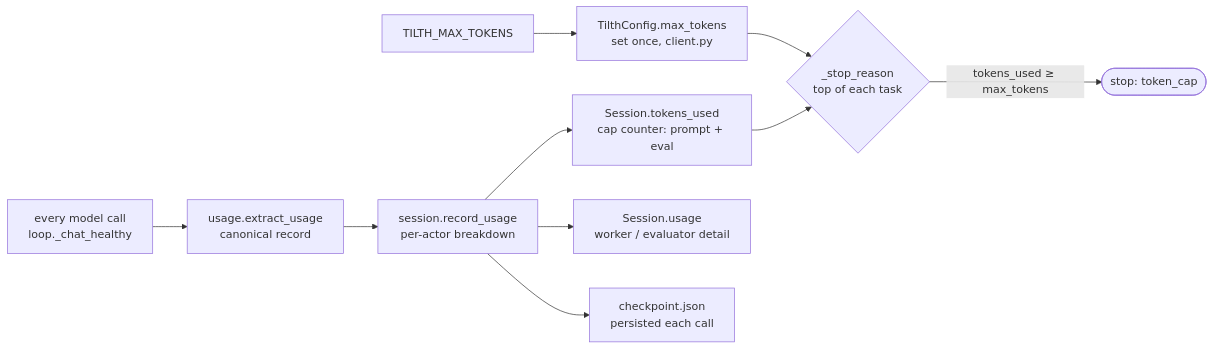
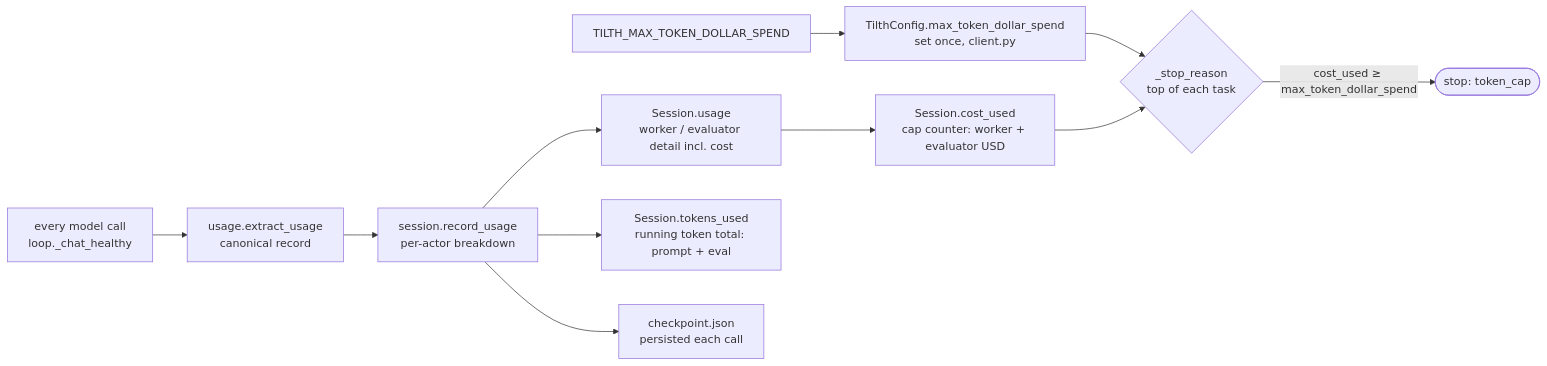
The diagram in docs/deep-dives/token-recording.md (AlteredCraft/tilth), drawn with Mermaid before and after one commit. The commit also changed other lines of this file and 21 other files, not shown here.

````diff
--- a/docs/deep-dives/token-recording.md
+++ b/docs/deep-dives/token-recording.md
@@ -5,12 +5,13 @@
 ```mermaid
 flowchart LR
-  env[TILTH_MAX_TOKENS] --> cfg[TilthConfig.max_tokens<br/>set once, client.py]
+  env[TILTH_MAX_TOKEN_DOLLAR_SPEND] --> cfg[TilthConfig.max_token_dollar_spend<br/>set once, client.py]
   call[every model call<br/>loop._chat_healthy] --> ext[usage.extract_usage<br/>canonical record]
   ext --> rec[session.record_usage<br/>per-actor breakdown]
-  rec --> mem[Session.tokens_used<br/>cap counter: prompt + eval]
-  rec --> brk[Session.usage<br/>worker / evaluator detail]
+  rec --> brk[Session.usage<br/>worker / evaluator detail incl. cost]
+  rec --> tok[Session.tokens_used<br/>running token total: prompt + eval]
   rec --> ckpt[checkpoint.json<br/>persisted each call]
   cfg --> gate{_stop_reason<br/>top of each task}
-  mem --> gate
-  gate -- "tokens_used ≥ max_tokens" --> stop([stop: token_cap])
+  brk --> cost[Session.cost_used<br/>cap counter: worker + evaluator USD]
+  cost --> gate
+  gate -- "cost_used ≥ max_token_dollar_spend" --> stop([stop: token_cap])
 ```
````
